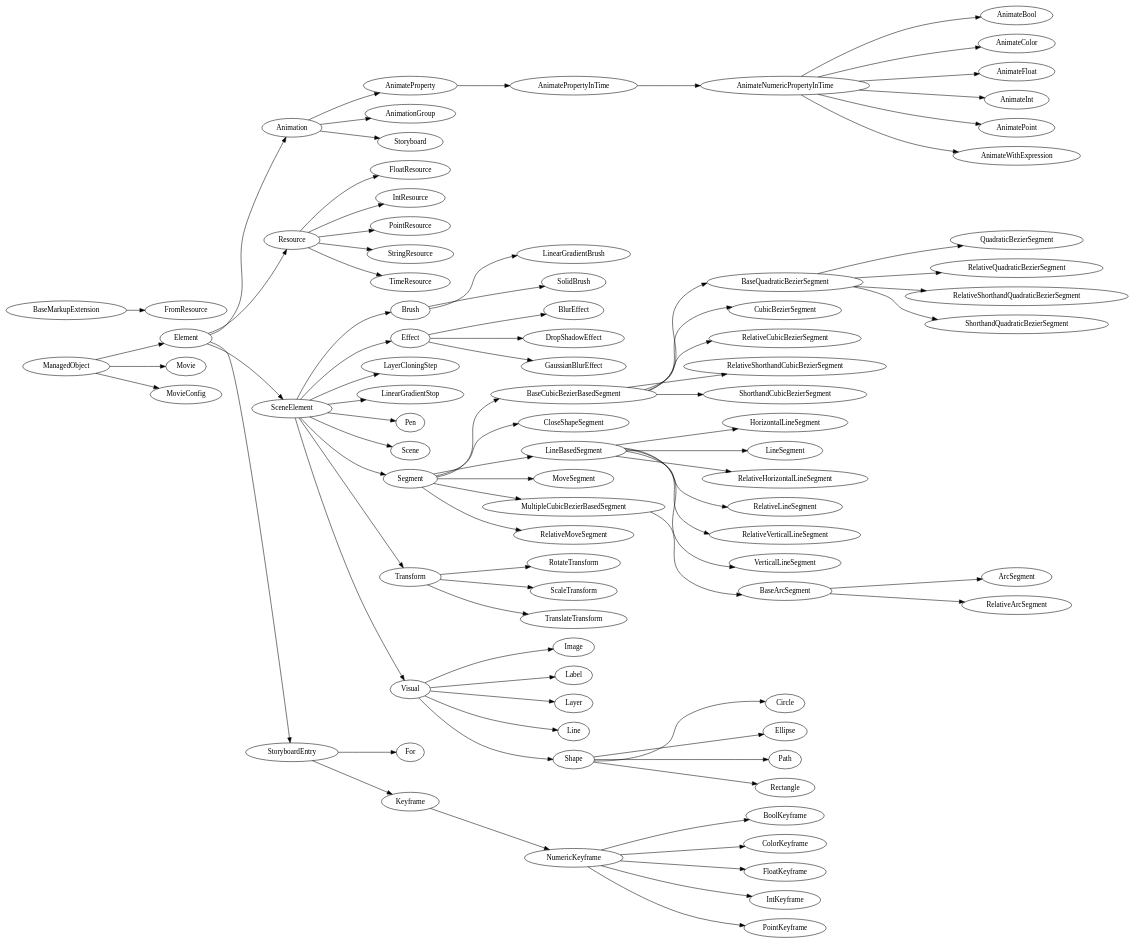
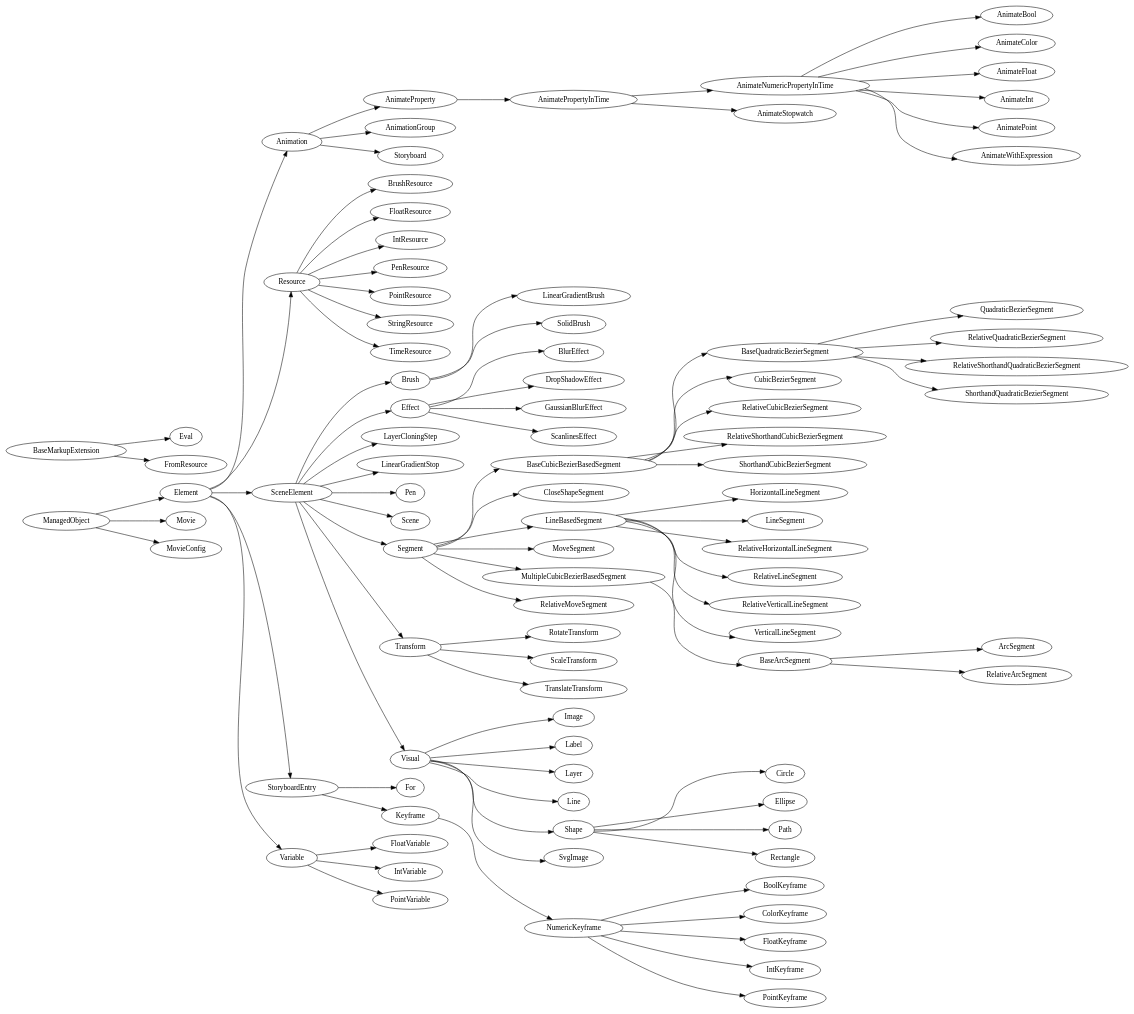
Before and after one commit to wojciechsura/Animator: the diagram in Animator.dot, drawn with Graphviz. The commit also changed 4 other files, not shown here.

```diff
--- a/Animator.dot
+++ b/Animator.dot
@@ -1,169 +1,189 @@
 digraph {
   rankdir=LR
 0 [ label = "AnimateBool" ]
 1 [ label = "AnimateColor" ]
 2 [ label = "AnimateFloat" ]
 3 [ label = "AnimateInt" ]
 4 [ label = "AnimateNumericPropertyInTime" ]
 5 [ label = "AnimatePoint" ]
 6 [ label = "AnimateProperty" ]
 7 [ label = "AnimatePropertyInTime" ]
-8 [ label = "AnimateWithExpression" ]
-9 [ label = "Animation" ]
-10 [ label = "AnimationGroup" ]
-11 [ label = "ArcSegment" ]
-12 [ label = "BaseArcSegment" ]
-13 [ label = "BaseCubicBezierBasedSegment" ]
-14 [ label = "BaseQuadraticBezierSegment" ]
-15 [ label = "BlurEffect" ]
-16 [ label = "BoolKeyframe" ]
-17 [ label = "Brush" ]
-18 [ label = "Circle" ]
-19 [ label = "CloseShapeSegment" ]
-20 [ label = "ColorKeyframe" ]
-21 [ label = "CubicBezierSegment" ]
-22 [ label = "DropShadowEffect" ]
-23 [ label = "Effect" ]
-24 [ label = "Element" ]
-25 [ label = "Ellipse" ]
-26 [ label = "FloatKeyframe" ]
-27 [ label = "FloatResource" ]
-28 [ label = "For" ]
-29 [ label = "FromResource" ]
-30 [ label = "GaussianBlurEffect" ]
-31 [ label = "HorizontalLineSegment" ]
-32 [ label = "Image" ]
-33 [ label = "IntKeyframe" ]
-34 [ label = "IntResource" ]
-35 [ label = "Keyframe" ]
-36 [ label = "Label" ]
-37 [ label = "Layer" ]
-38 [ label = "LayerCloningStep" ]
-39 [ label = "Line" ]
-40 [ label = "LinearGradientBrush" ]
-41 [ label = "LinearGradientStop" ]
-42 [ label = "LineBasedSegment" ]
-43 [ label = "LineSegment" ]
-44 [ label = "MoveSegment" ]
-45 [ label = "Movie" ]
-46 [ label = "MovieConfig" ]
-47 [ label = "MultipleCubicBezierBasedSegment" ]
-48 [ label = "NumericKeyframe" ]
-49 [ label = "Path" ]
-50 [ label = "Pen" ]
-51 [ label = "PointKeyframe" ]
-52 [ label = "PointResource" ]
-53 [ label = "QuadraticBezierSegment" ]
-54 [ label = "Rectangle" ]
-55 [ label = "RelativeArcSegment" ]
-56 [ label = "RelativeCubicBezierSegment" ]
-57 [ label = "RelativeHorizontalLineSegment" ]
-58 [ label = "RelativeLineSegment" ]
-59 [ label = "RelativeMoveSegment" ]
-60 [ label = "RelativeQuadraticBezierSegment" ]
-61 [ label = "RelativeShorthandCubicBezierSegment" ]
-62 [ label = "RelativeShorthandQuadraticBezierSegment" ]
-63 [ label = "RelativeVerticalLineSegment" ]
-64 [ label = "Resource" ]
-65 [ label = "RotateTransform" ]
-66 [ label = "ScaleTransform" ]
-67 [ label = "Scene" ]
-68 [ label = "SceneElement" ]
-69 [ label = "Segment" ]
-70 [ label = "Shape" ]
-71 [ label = "ShorthandCubicBezierSegment" ]
-72 [ label = "ShorthandQuadraticBezierSegment" ]
-73 [ label = "SolidBrush" ]
-74 [ label = "Storyboard" ]
-75 [ label = "StoryboardEntry" ]
-76 [ label = "StringResource" ]
-77 [ label = "TimeResource" ]
-78 [ label = "Transform" ]
-79 [ label = "TranslateTransform" ]
-80 [ label = "VerticalLineSegment" ]
-81 [ label = "Visual" ]
-82 [ label = "ManagedObject" ]
-83 [ label = "BaseMarkupExtension" ]
+8 [ label = "AnimateStopwatch" ]
+9 [ label = "AnimateWithExpression" ]
+10 [ label = "Animation" ]
+11 [ label = "AnimationGroup" ]
+12 [ label = "ArcSegment" ]
+13 [ label = "BaseArcSegment" ]
+14 [ label = "BaseCubicBezierBasedSegment" ]
+15 [ label = "BaseQuadraticBezierSegment" ]
+16 [ label = "BlurEffect" ]
+17 [ label = "BoolKeyframe" ]
+18 [ label = "Brush" ]
+19 [ label = "BrushResource" ]
+20 [ label = "Circle" ]
+21 [ label = "CloseShapeSegment" ]
+22 [ label = "ColorKeyframe" ]
+23 [ label = "CubicBezierSegment" ]
+24 [ label = "DropShadowEffect" ]
+25 [ label = "Effect" ]
+26 [ label = "Element" ]
+27 [ label = "Ellipse" ]
+28 [ label = "Eval" ]
+29 [ label = "FloatKeyframe" ]
+30 [ label = "FloatResource" ]
+31 [ label = "FloatVariable" ]
+32 [ label = "For" ]
+33 [ label = "FromResource" ]
+34 [ label = "GaussianBlurEffect" ]
+35 [ label = "HorizontalLineSegment" ]
+36 [ label = "Image" ]
+37 [ label = "IntKeyframe" ]
+38 [ label = "IntResource" ]
+39 [ label = "IntVariable" ]
+40 [ label = "Keyframe" ]
+41 [ label = "Label" ]
+42 [ label = "Layer" ]
+43 [ label = "LayerCloningStep" ]
+44 [ label = "Line" ]
+45 [ label = "LinearGradientBrush" ]
+46 [ label = "LinearGradientStop" ]
+47 [ label = "LineBasedSegment" ]
+48 [ label = "LineSegment" ]
+49 [ label = "MoveSegment" ]
+50 [ label = "Movie" ]
+51 [ label = "MovieConfig" ]
+52 [ label = "MultipleCubicBezierBasedSegment" ]
+53 [ label = "NumericKeyframe" ]
+54 [ label = "Path" ]
+55 [ label = "Pen" ]
+56 [ label = "PenResource" ]
+57 [ label = "PointKeyframe" ]
+58 [ label = "PointResource" ]
+59 [ label = "PointVariable" ]
+60 [ label = "QuadraticBezierSegment" ]
+61 [ label = "Rectangle" ]
+62 [ label = "RelativeArcSegment" ]
+63 [ label = "RelativeCubicBezierSegment" ]
+64 [ label = "RelativeHorizontalLineSegment" ]
+65 [ label = "RelativeLineSegment" ]
+66 [ label = "RelativeMoveSegment" ]
+67 [ label = "RelativeQuadraticBezierSegment" ]
+68 [ label = "RelativeShorthandCubicBezierSegment" ]
+69 [ label = "RelativeShorthandQuadraticBezierSegment" ]
+70 [ label = "RelativeVerticalLineSegment" ]
+71 [ label = "Resource" ]
+72 [ label = "RotateTransform" ]
+73 [ label = "ScaleTransform" ]
+74 [ label = "ScanlinesEffect" ]
+75 [ label = "Scene" ]
+76 [ label = "SceneElement" ]
+77 [ label = "Segment" ]
+78 [ label = "Shape" ]
+79 [ label = "ShorthandCubicBezierSegment" ]
+80 [ label = "ShorthandQuadraticBezierSegment" ]
+81 [ label = "SolidBrush" ]
+82 [ label = "Storyboard" ]
+83 [ label = "StoryboardEntry" ]
+84 [ label = "StringResource" ]
+85 [ label = "SvgImage" ]
+86 [ label = "TimeResource" ]
+87 [ label = "Transform" ]
+88 [ label = "TranslateTransform" ]
+89 [ label = "Variable" ]
+90 [ label = "VerticalLineSegment" ]
+91 [ label = "Visual" ]
+92 [ label = "ManagedObject" ]
+93 [ label = "BaseMarkupExtension" ]
 4 -> 0
 4 -> 1
 4 -> 2
 4 -> 3
 7 -> 4
 4 -> 5
-9 -> 6
+10 -> 6
 6 -> 7
-4 -> 8
-24 -> 9
-9 -> 10
-12 -> 11
-47 -> 12
-69 -> 13
-13 -> 14
-23 -> 15
-48 -> 16
-68 -> 17
-70 -> 18
-69 -> 19
-48 -> 20
-13 -> 21
-23 -> 22
-68 -> 23
-82 -> 24
-70 -> 25
-48 -> 26
-64 -> 27
-75 -> 28
-83 -> 29
-23 -> 30
-42 -> 31
-81 -> 32
-48 -> 33
-64 -> 34
-75 -> 35
-81 -> 36
-81 -> 37
-68 -> 38
-81 -> 39
-17 -> 40
-68 -> 41
-69 -> 42
-42 -> 43
-69 -> 44
-82 -> 45
-82 -> 46
-69 -> 47
-35 -> 48
-70 -> 49
-68 -> 50
-48 -> 51
-64 -> 52
-14 -> 53
-70 -> 54
-12 -> 55
-13 -> 56
-42 -> 57
-42 -> 58
-69 -> 59
-14 -> 60
-13 -> 61
-14 -> 62
-42 -> 63
-24 -> 64
-78 -> 65
-78 -> 66
-68 -> 67
-24 -> 68
-68 -> 69
-81 -> 70
-13 -> 71
-14 -> 72
-17 -> 73
-9 -> 74
-24 -> 75
-64 -> 76
-64 -> 77
-68 -> 78
-78 -> 79
-42 -> 80
-68 -> 81
+7 -> 8
+4 -> 9
+26 -> 10
+10 -> 11
+13 -> 12
+52 -> 13
+77 -> 14
+14 -> 15
+25 -> 16
+53 -> 17
+76 -> 18
+71 -> 19
+78 -> 20
+77 -> 21
+53 -> 22
+14 -> 23
+25 -> 24
+76 -> 25
+92 -> 26
+78 -> 27
+93 -> 28
+53 -> 29
+71 -> 30
+89 -> 31
+83 -> 32
+93 -> 33
+25 -> 34
+47 -> 35
+91 -> 36
+53 -> 37
+71 -> 38
+89 -> 39
+83 -> 40
+91 -> 41
+91 -> 42
+76 -> 43
+91 -> 44
+18 -> 45
+76 -> 46
+77 -> 47
+47 -> 48
+77 -> 49
+92 -> 50
+92 -> 51
+77 -> 52
+40 -> 53
+78 -> 54
+76 -> 55
+71 -> 56
+53 -> 57
+71 -> 58
+89 -> 59
+15 -> 60
+78 -> 61
+13 -> 62
+14 -> 63
+47 -> 64
+47 -> 65
+77 -> 66
+15 -> 67
+14 -> 68
+15 -> 69
+47 -> 70
+26 -> 71
+87 -> 72
+87 -> 73
+25 -> 74
+76 -> 75
+26 -> 76
+76 -> 77
+91 -> 78
+14 -> 79
+15 -> 80
+18 -> 81
+10 -> 82
+26 -> 83
+71 -> 84
+91 -> 85
+71 -> 86
+76 -> 87
+87 -> 88
+26 -> 89
+47 -> 90
+76 -> 91
 }
```
